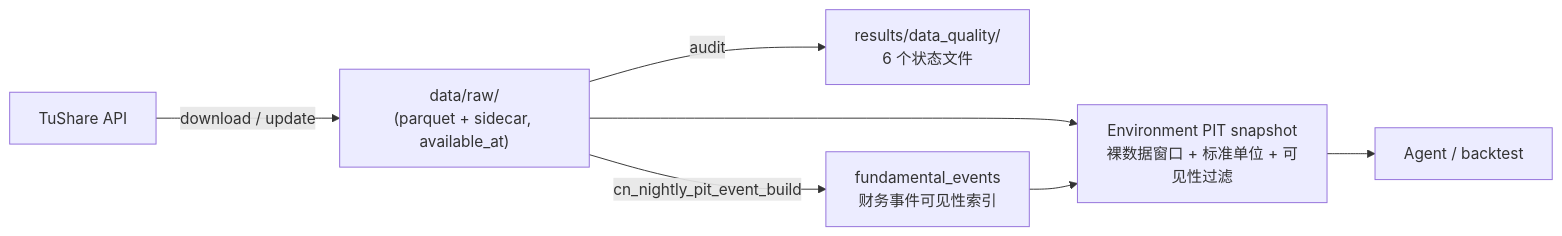
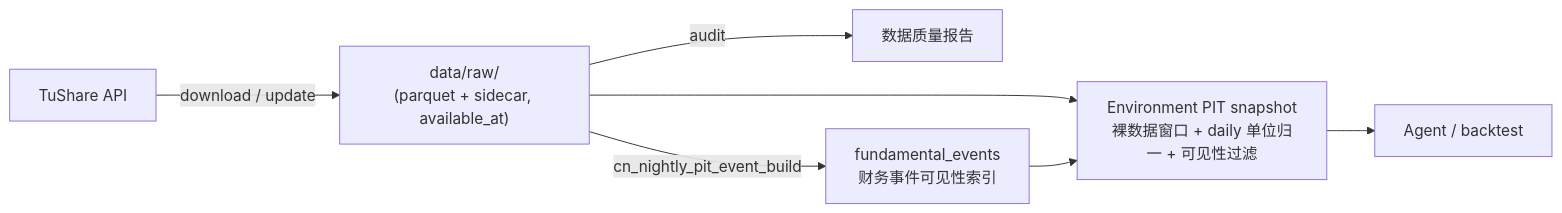
One commit to LeoZippon/CornerHead changed the diagram in docs/data_documentation.md. Above: the diagram before and after it, drawn with Mermaid. The commit also changed other lines of this file and 7 other files, not shown here.

````diff
--- a/docs/data_documentation.md
+++ b/docs/data_documentation.md
@@ -62,9 +62,9 @@
 ```mermaid
 flowchart LR
     TS[TuShare API] -->|download / update| RAW["data/raw/<dataset>\n(parquet + sidecar, available_at)"]
-    RAW -->|audit| STATUS["results/data_quality/\n6 个状态文件"]
+    RAW -->|audit| STATUS["数据质量报告"]
     RAW -->|cn_nightly_pit_event_build| PIT["fundamental_events\n财务事件可见性索引"]
-    RAW --> SNAP["Environment PIT snapshot\n裸数据窗口 + 标准单位 + 可见性过滤"]
+    RAW --> SNAP["Environment PIT snapshot\n裸数据窗口 + daily 单位归一 + 可见性过滤"]
     PIT --> SNAP
     SNAP --> AGENT[Agent / backtest]
 ```
````
